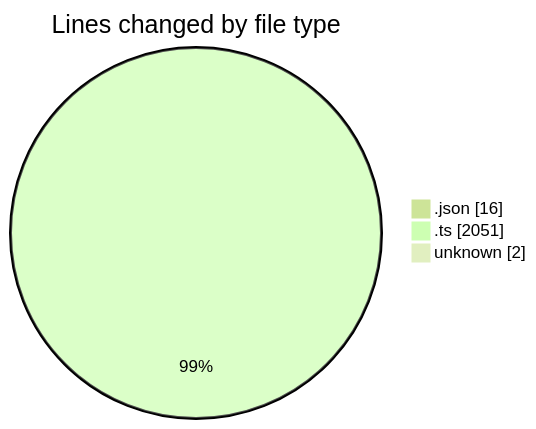
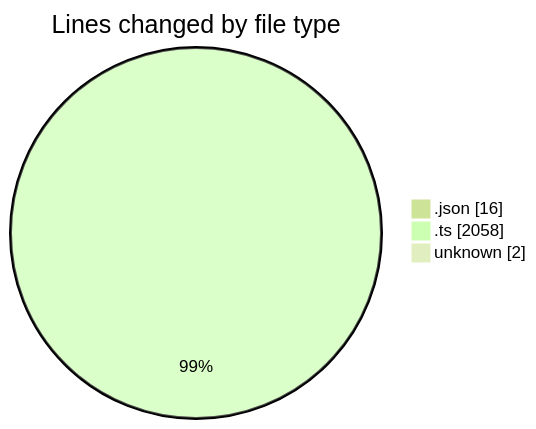
Before and after one commit to tmsrecording-cyber/code-tracking: the first of 2 diagrams in 2026-02-01/singularitybrainai/README.md, drawn with Mermaid (forest theme). The commit also changed other lines of this file and 1 other file, not shown here.

````diff
--- a/2026-02-01/singularitybrainai/README.md
+++ b/2026-02-01/singularitybrainai/README.md
@@ -24,7 +24,7 @@
 ```mermaid
 pie showData
 title Lines changed by file type
 ".json" : 16
-".ts" : 2051
+".ts" : 2058
 "unknown" : 2
 ```
````
